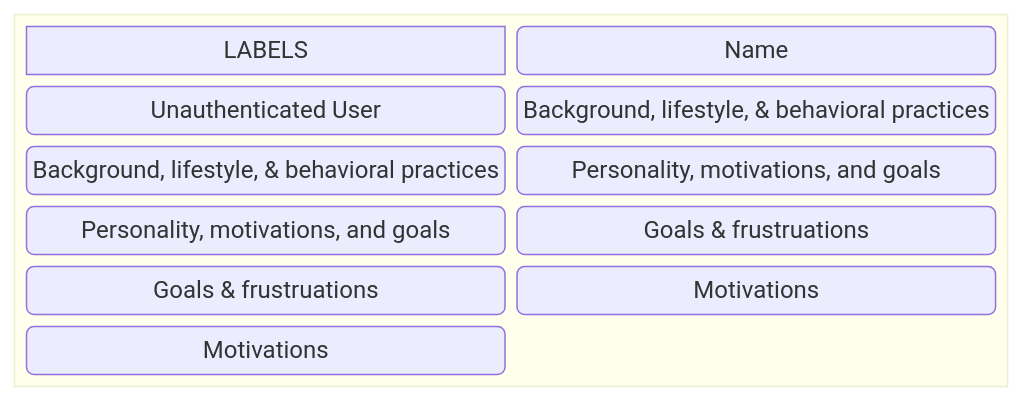
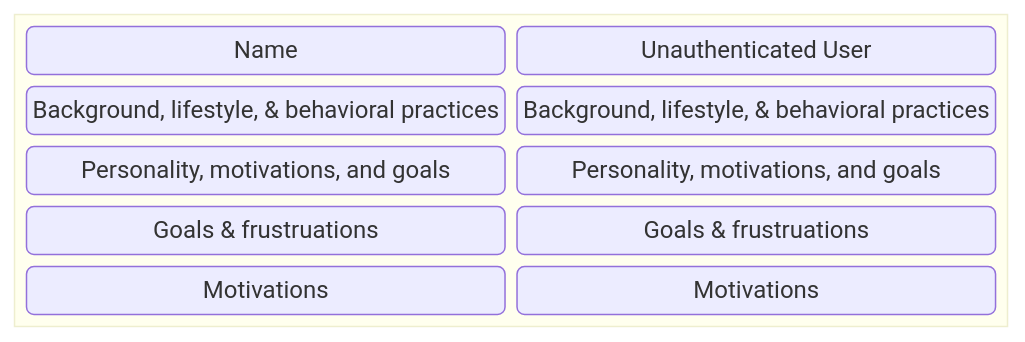
One commit to chingu-voyages/Handbook changed the second of 2 diagrams in docs/resources/techresources/uiux.md. Above: the diagram before and after it, drawn with Mermaid.

Commit message:
Feature: Add persona template

````diff
--- a/docs/resources/techresources/uiux.md
+++ b/docs/resources/techresources/uiux.md
@@ -92,17 +92,17 @@
 ```mermaid
 block-beta
   columns 1
-  block LABELS
+  block:LABELS
     columns 2
     NAME("Name")
     VNAME("Unauthenticated User")
     DEMOGRAPHICS("Background, lifestyle, & behavioral practices")
     VDEMOGRAPHICS("Background, lifestyle, & behavioral practices")
     ARCHETYPES("Personality, motivations, and goals")
     VARCHETYPES("Personality, motivations, and goals")
     GOALS("Goals & frustruations")
     VGOALS("Goals & frustruations")
     MOTIVATIONS("Motivations")
     VMOTIVATIONS("Motivations")
   end
 ```
````
